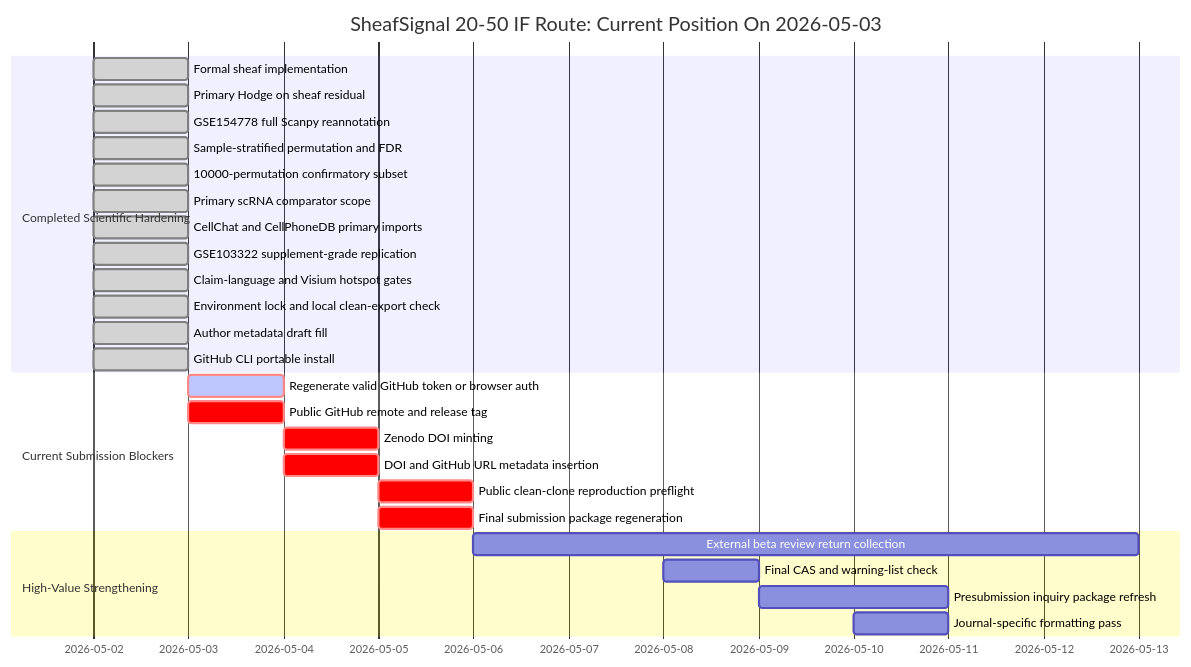
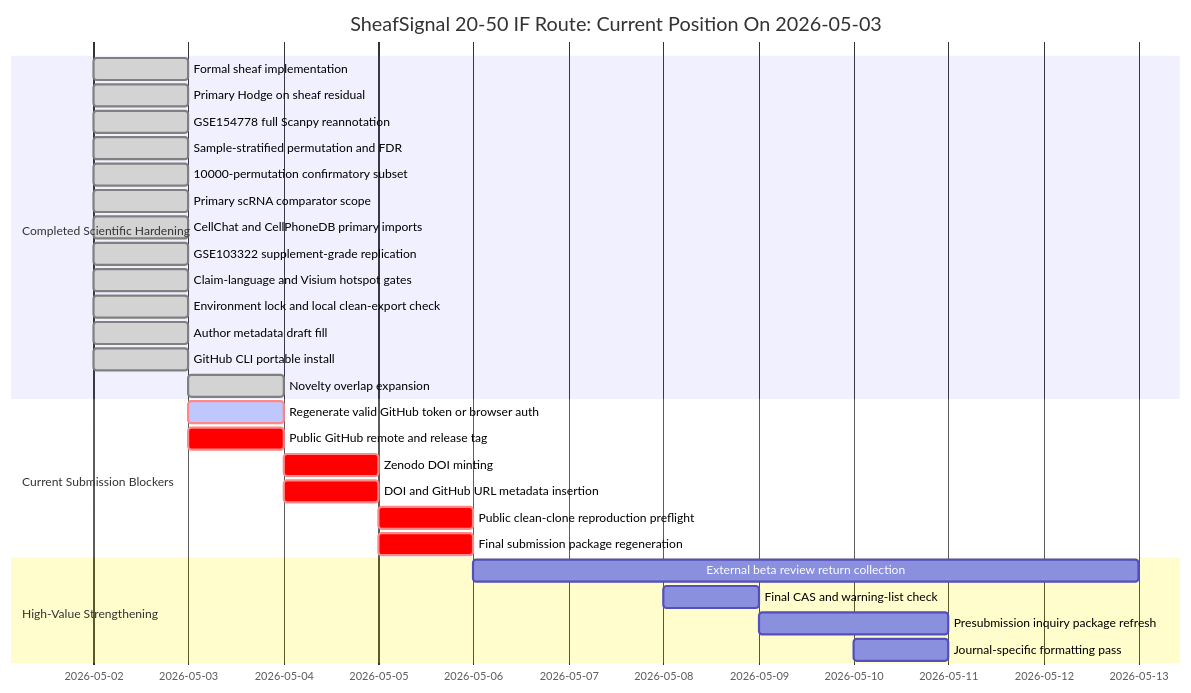
The diagram in manuscript/SHEAFSIGNAL_STATUS_DASHBOARD_2026-05-03.md (healthgreat/SheafSignal), drawn with Mermaid before and after one commit. The commit also changed other lines of this file and 8 other files, not shown here.

Commit message:
Expand novelty overlap and presubmission boundaries

````diff
--- a/manuscript/SHEAFSIGNAL_STATUS_DASHBOARD_2026-05-03.md
+++ b/manuscript/SHEAFSIGNAL_STATUS_DASHBOARD_2026-05-03.md
@@ -84,33 +86,34 @@
 ```mermaid
 gantt
     title SheafSignal 20-50 IF Route: Current Position On 2026-05-03
     dateFormat  YYYY-MM-DD
 
     section Completed Scientific Hardening
     Formal sheaf implementation                    :done, 2026-05-02, 1d
     Primary Hodge on sheaf residual                :done, 2026-05-02, 1d
     GSE154778 full Scanpy reannotation             :done, 2026-05-02, 1d
     Sample-stratified permutation and FDR          :done, 2026-05-02, 1d
     10000-permutation confirmatory subset          :done, 2026-05-02, 1d
     Primary scRNA comparator scope                 :done, 2026-05-02, 1d
     CellChat and CellPhoneDB primary imports       :done, 2026-05-02, 1d
     GSE103322 supplement-grade replication         :done, 2026-05-02, 1d
     Claim-language and Visium hotspot gates        :done, 2026-05-02, 1d
     Environment lock and local clean-export check  :done, 2026-05-02, 1d
     Author metadata draft fill                     :done, 2026-05-02, 1d
     GitHub CLI portable install                    :done, 2026-05-02, 1d
+    Novelty overlap expansion                      :done, 2026-05-03, 1d
 
     section Current Submission Blockers
     Regenerate valid GitHub token or browser auth  :crit, active, 2026-05-03, 1d
     Public GitHub remote and release tag           :crit, 2026-05-03, 1d
     Zenodo DOI minting                             :crit, 2026-05-04, 1d
     DOI and GitHub URL metadata insertion          :crit, 2026-05-04, 1d
     Public clean-clone reproduction preflight      :crit, 2026-05-05, 1d
     Final submission package regeneration          :crit, 2026-05-05, 1d
 
     section High-Value Strengthening
     External beta review return collection         :2026-05-06, 7d
     Final CAS and warning-list check               :2026-05-08, 1d
     Presubmission inquiry package refresh          :2026-05-09, 2d
     Journal-specific formatting pass               :2026-05-10, 1d
 ```
````
